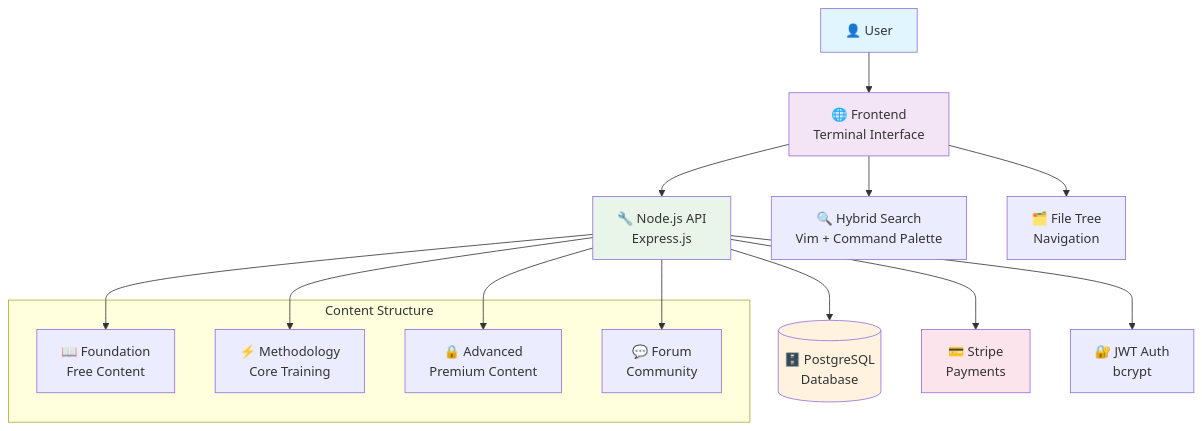
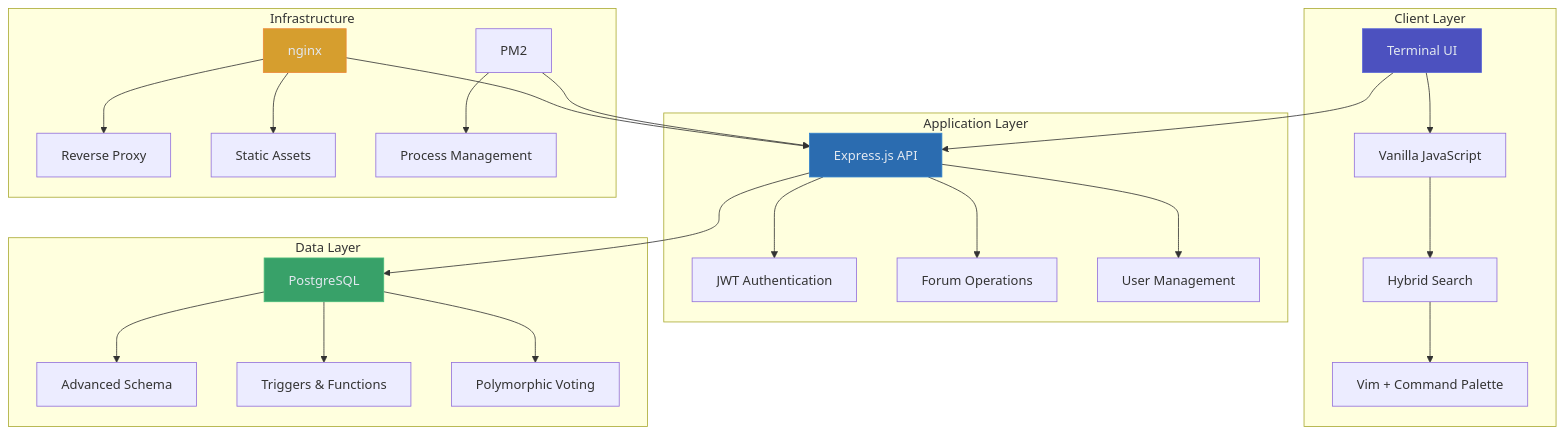
The first of 3 diagrams in docs/architecture/README.md (JustaCakedUpGnome/ArcForge_kyon), drawn with Mermaid before and after one commit. The commit also changed other lines of this file and 185 other files, not shown here.

````diff
--- a/docs/architecture/README.md
+++ b/docs/architecture/README.md
@@ -8,29 +17,36 @@
 ```mermaid
 graph TB
-    User[👤 User] --> Frontend[🌐 Frontend<br/>Terminal Interface]
-    Frontend --> API[🔧 Node.js API<br/>Express.js]
-    API --> DB[(🗄️ PostgreSQL<br/>Database)]
-    API --> Stripe[💳 Stripe<br/>Payments]
-    API --> Auth[🔐 JWT Auth<br/>bcrypt]
-    
-    Frontend --> Search[🔍 Hybrid Search<br/>Vim + Command Palette]
-    Frontend --> Navigation[🗂️ File Tree<br/>Navigation]
-    
-    subgraph "Content Structure"
-        Foundation[📖 Foundation<br/>Free Content]
-        Methodology[⚡ Methodology<br/>Core Training]
-        Advanced[🔒 Advanced<br/>Premium Content]
-        Forum[💬 Forum<br/>Community]
+    subgraph "Client Layer"
+        A[Terminal UI] --> B[Vanilla JavaScript]
+        B --> C[Hybrid Search]
+        C --> D[Vim + Command Palette]
     end
     
-    API --> Foundation
-    API --> Methodology
-    API --> Advanced
-    API --> Forum
+    subgraph "Application Layer" 
+        E[Express.js API] --> F[JWT Authentication]
+        E --> G[Forum Operations]
+        E --> H[User Management]
+    end
     
-    style User fill:#e1f5fe
-    style Frontend fill:#f3e5f5
-    style API fill:#e8f5e8
-    style DB fill:#fff3e0
-    style Stripe fill:#fce4ec
+    subgraph "Data Layer"
+        I[PostgreSQL] --> J[Advanced Schema]
+        I --> K[Triggers & Functions]
+        I --> L[Polymorphic Voting]
+    end
+    
+    subgraph "Infrastructure"
+        M[nginx] --> N[Reverse Proxy]
+        M --> O[Static Assets]
+        P[PM2] --> Q[Process Management]
+    end
+    
+    A --> E
+    E --> I
+    M --> E
+    P --> E
+    
+    style A fill:#4c51bf,stroke:#5a67d8,color:#e2e8f0
+    style E fill:#2b6cb0,stroke:#3182ce,color:#e2e8f0
+    style I fill:#38a169,stroke:#48bb78,color:#e2e8f0
+    style M fill:#d69e2e,stroke:#ed8936,color:#e2e8f0
 ```
````
